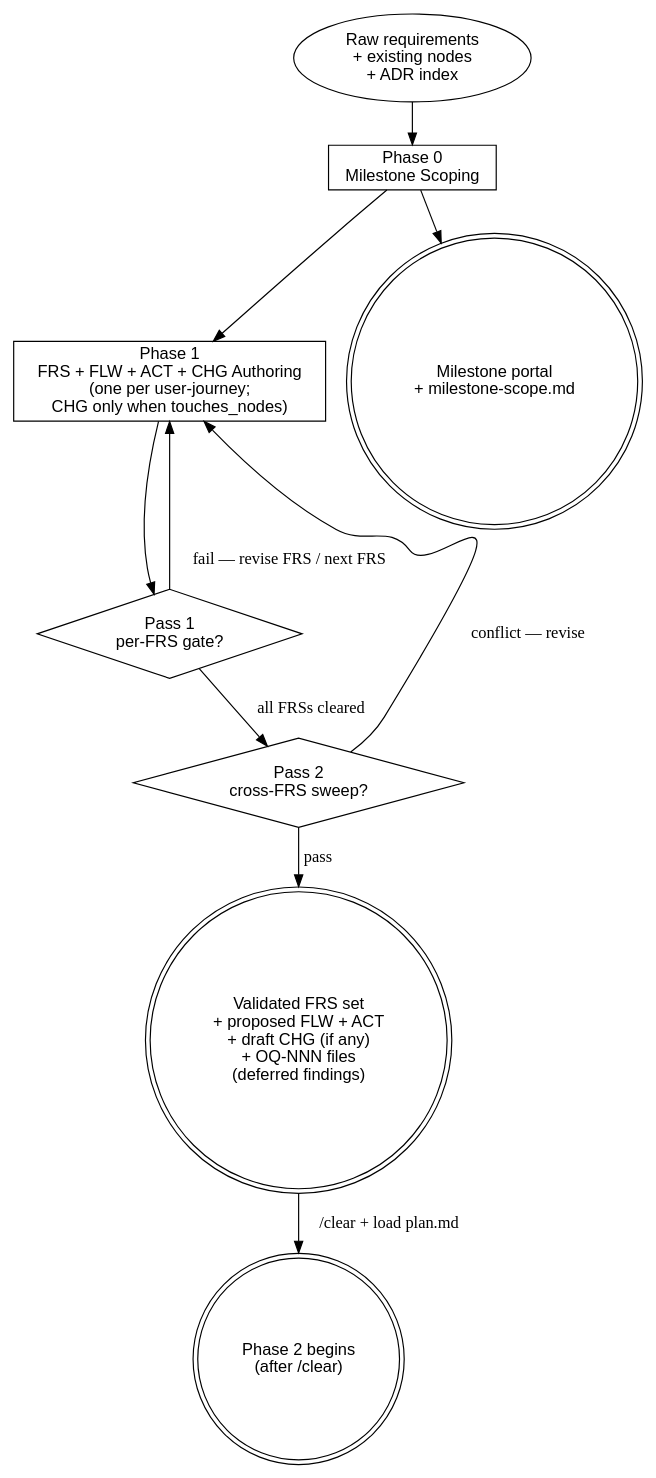
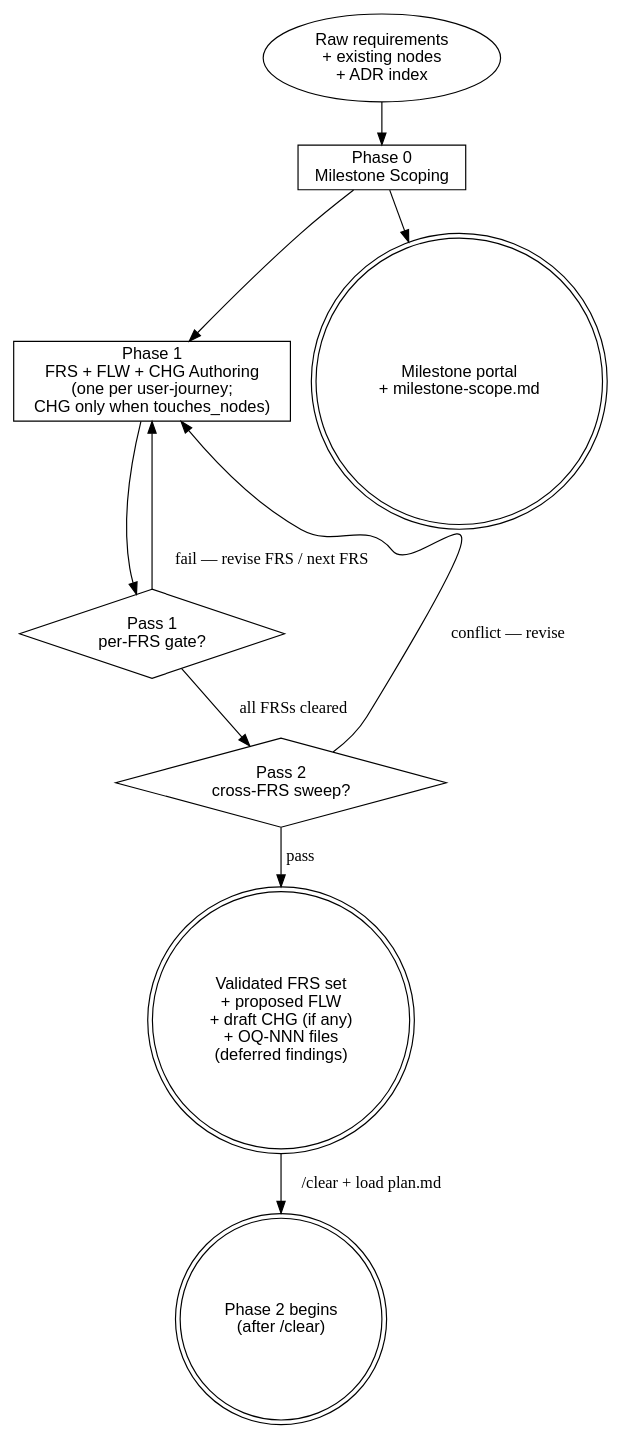
The diagram in sdlc/workflow/design.md (thapaliyabikendra/agentic-dev-workspace), drawn with Graphviz before and after one commit. The commit also changed other lines of this file and 19 other files, not shown here.

First line of the commit message:
relocate ACT to Phase 2 birth; add STA discriminator + 2 sanity rules; survey Path C

````diff
--- a/sdlc/workflow/design.md
+++ b/sdlc/workflow/design.md
@@ -94,26 +94,26 @@
 ```dot
 digraph design_flow {
     rankdir=TB;
     node [fontname="Helvetica"];
 
     inputs   [shape=oval,  label="Raw requirements\n+ existing nodes\n+ ADR index"];
     phase0   [shape=box,   label="Phase 0\nMilestone Scoping"];
-    phase1   [shape=box,   label="Phase 1\nFRS + FLW + ACT + CHG Authoring\n(one per user-journey;\nCHG only when touches_nodes)"];
+    phase1   [shape=box,   label="Phase 1\nFRS + FLW + CHG Authoring\n(one per user-journey;\nCHG only when touches_nodes)"];
     gate_pass1 [shape=diamond, label="Pass 1\nper-FRS gate?"];
     gate_pass2 [shape=diamond, label="Pass 2\ncross-FRS sweep?"];
 
     out_ms   [shape=doublecircle, label="Milestone portal\n+ milestone-scope.md"];
-    out_frs  [shape=doublecircle, label="Validated FRS set\n+ proposed FLW + ACT\n+ draft CHG (if any)\n+ OQ-NNN files\n(deferred findings)"];
+    out_frs  [shape=doublecircle, label="Validated FRS set\n+ proposed FLW\n+ draft CHG (if any)\n+ OQ-NNN files\n(deferred findings)"];
     next     [shape=doublecircle, label="Phase 2 begins\n(after /clear)"];
 
     inputs -> phase0;
     phase0 -> out_ms;
     phase0 -> phase1;
     phase1 -> gate_pass1;
     gate_pass1 -> phase1 [label="fail — revise FRS / next FRS"];
     gate_pass1 -> gate_pass2 [label="all FRSs cleared"];
     gate_pass2 -> phase1 [label="conflict — revise"];
     gate_pass2 -> out_frs [label="pass"];
     out_frs -> next [label="/clear + load plan.md"];
 }
 ```
````
